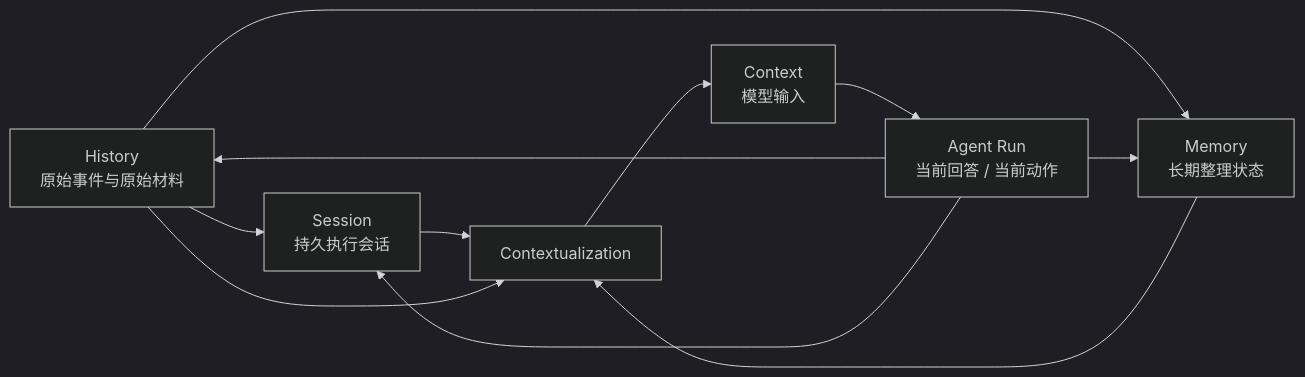
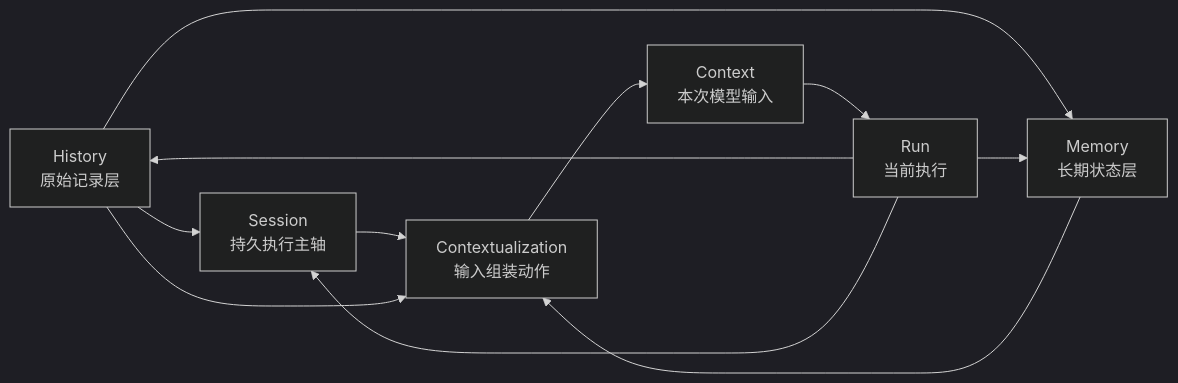
One commit to wangenius/downcity changed the first of 3 diagrams in homepage/content/devdocs/zh/history/history-memory-context.mdx. Above: the diagram before and after it, drawn with Mermaid (dark theme). The commit also changed other lines of this file and 42 other files, not shown here.

````diff
--- a/homepage/content/devdocs/zh/history/history-memory-context.mdx
+++ b/homepage/content/devdocs/zh/history/history-memory-context.mdx
@@ -42,20 +45,20 @@
 ```mermaid
 flowchart LR
-  H["History<br/>原始事件与原始材料"]
-  S["Session<br/>持久执行会话"]
-  M["Memory<br/>长期整理状态"]
-  X["Contextualization"]
-  C["Context<br/>模型输入"]
-  A["Agent Run<br/>当前回答 / 当前动作"]
+  H["History<br/>原始记录层"]
+  S["Session<br/>持久执行主轴"]
+  M["Memory<br/>长期状态层"]
+  X["Contextualization<br/>输入组装动作"]
+  C["Context<br/>本次模型输入"]
+  R["Run<br/>当前执行"]
 
   H --> S
   H --> M
   S --> X
   M --> X
   H --> X
   X --> C
-  C --> A
-  A --> H
-  A --> M
-  A --> S
+  C --> R
+  R --> H
+  R --> S
+  R --> M
 ```
````
